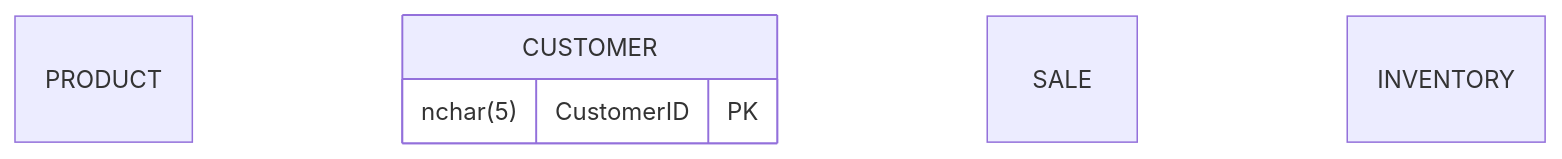
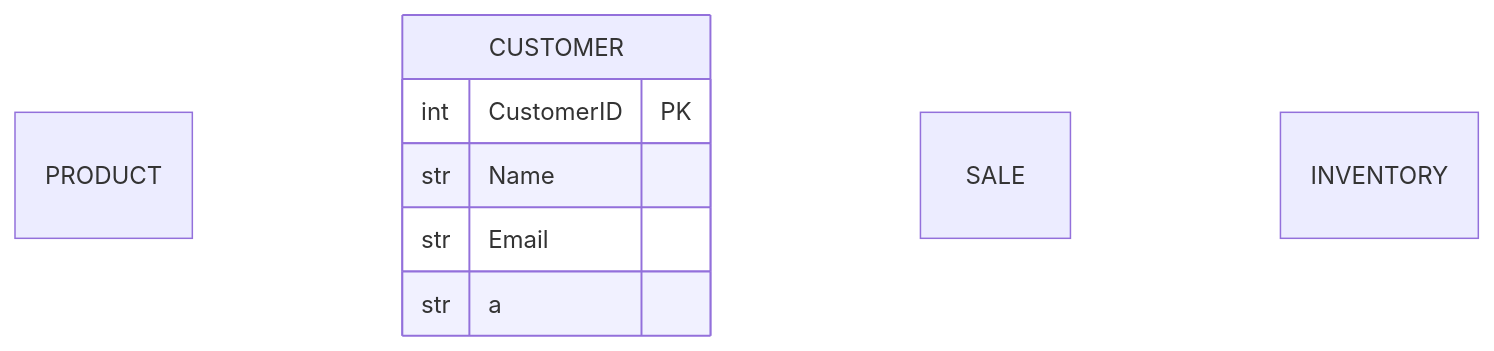
Before and after one commit to KPRMODI/KPRMODI.github.io: the diagram in NikeStore_ERD.md, drawn with Mermaid. The commit also changed 1 other file, not shown here.

Commit message:
Added Ddos attack information

````diff
--- a/NikeStore_ERD.md
+++ b/NikeStore_ERD.md
@@ -1,12 +1,23 @@
 ```mermaid
 erDiagram
+
 PRODUCT {
 }
+
+
 CUSTOMER {
-    nchar(5) CustomerID PK
+    int CustomerID PK
+    str Name
+    str Email
+    str a
 }
+
 SALE {
 }
+
+
+
+
 INVENTORY {
 }
 ```
````
